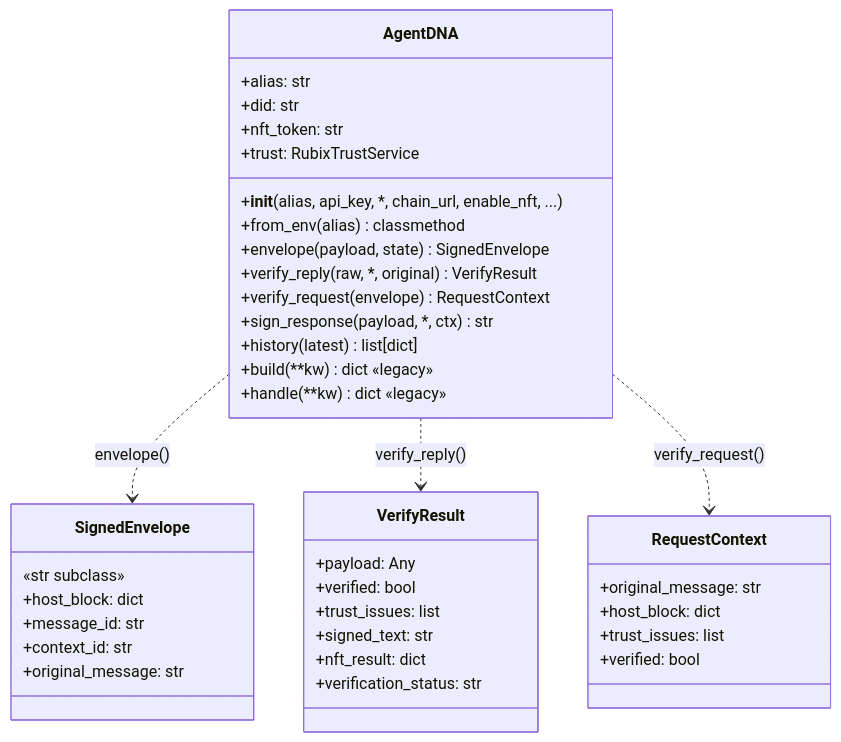
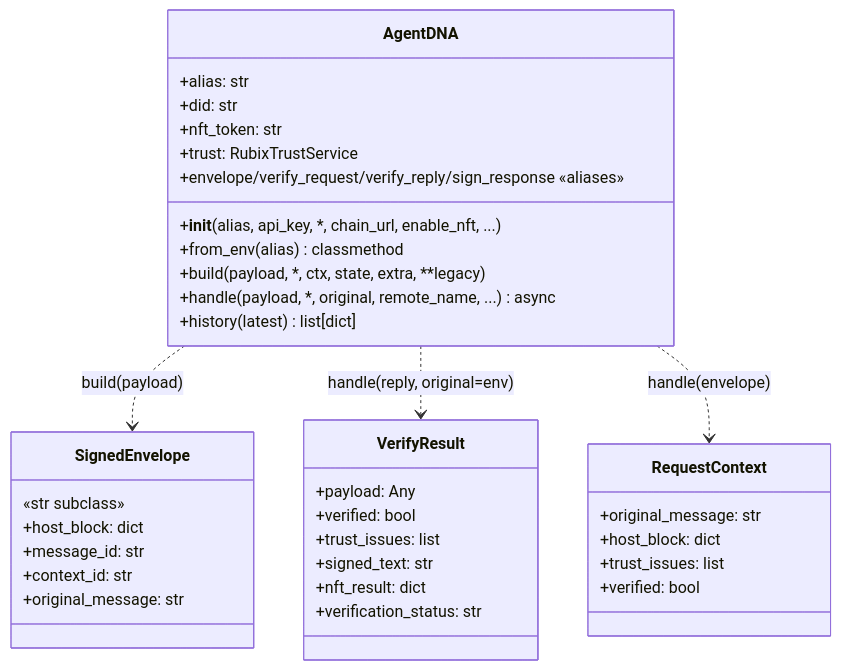
The second of 3 diagrams in docs/ARCHITECTURE.md (agent-dna/agentdna), drawn with Mermaid before and after one commit. The commit also changed other lines of this file and 16 other files, not shown here.

Commit message:
build handle back

````diff
--- a/docs/ARCHITECTURE.md
+++ b/docs/ARCHITECTURE.md
@@ -63,42 +78,39 @@
 ```mermaid
 classDiagram
     class AgentDNA {
         +alias: str
         +did: str
         +nft_token: str
         +trust: RubixTrustService
         +__init__(alias, api_key, *, chain_url, enable_nft, ...)
         +from_env(alias) classmethod
-        +envelope(payload, state) SignedEnvelope
-        +verify_reply(raw, *, original) VerifyResult
-        +verify_request(envelope) RequestContext
-        +sign_response(payload, *, ctx) str
+        +build(payload, *, ctx, state, extra, **legacy)
+        +handle(payload, *, original, remote_name, ...) async
         +history(latest) list[dict]
-        +build(**kw) dict  «legacy»
-        +handle(**kw) dict «legacy»
+        +envelope/verify_request/verify_reply/sign_response «aliases»
     }
     class SignedEnvelope {
         «str subclass»
         +host_block: dict
         +message_id: str
         +context_id: str
         +original_message: str
     }
     class VerifyResult {
         +payload: Any
         +verified: bool
         +trust_issues: list
         +signed_text: str
         +nft_result: dict
         +verification_status: str
     }
     class RequestContext {
         +original_message: str
         +host_block: dict
         +trust_issues: list
         +verified: bool
     }
-    AgentDNA ..> SignedEnvelope : envelope()
-    AgentDNA ..> VerifyResult  : verify_reply()
-    AgentDNA ..> RequestContext: verify_request()
+    AgentDNA ..> SignedEnvelope : build(payload)
+    AgentDNA ..> VerifyResult  : handle(reply, original=env)
+    AgentDNA ..> RequestContext: handle(envelope)
 ```
````
